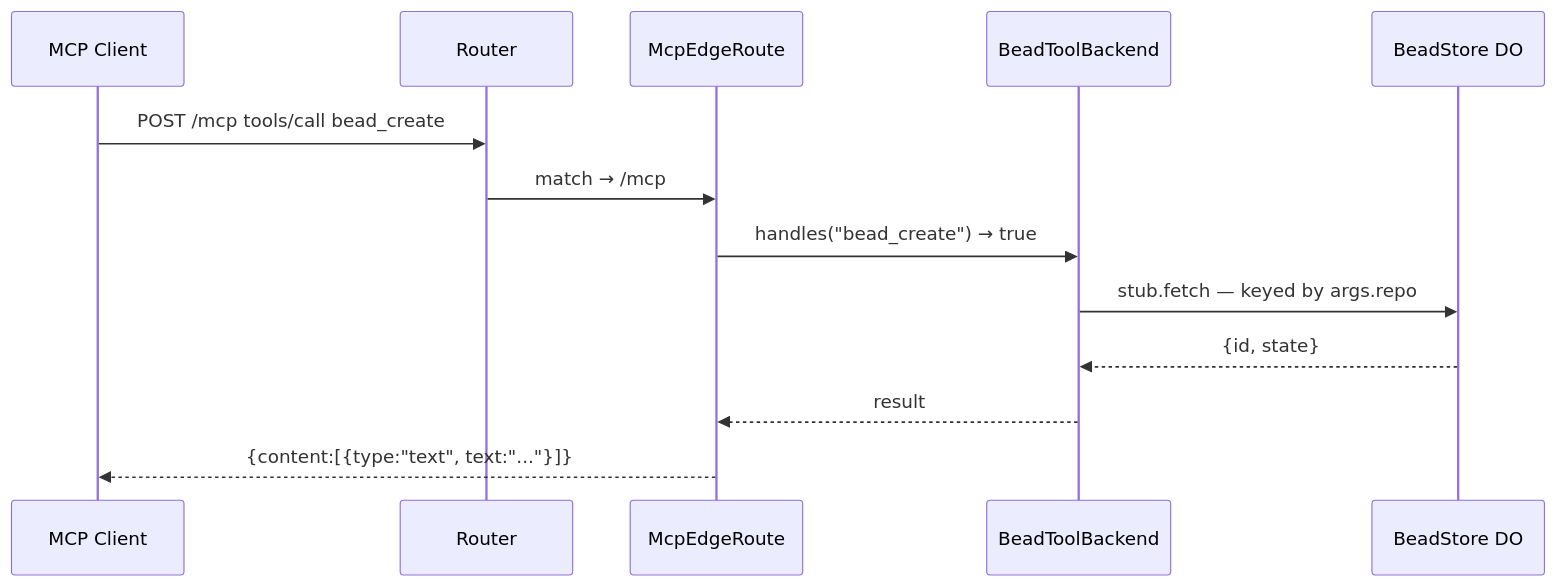
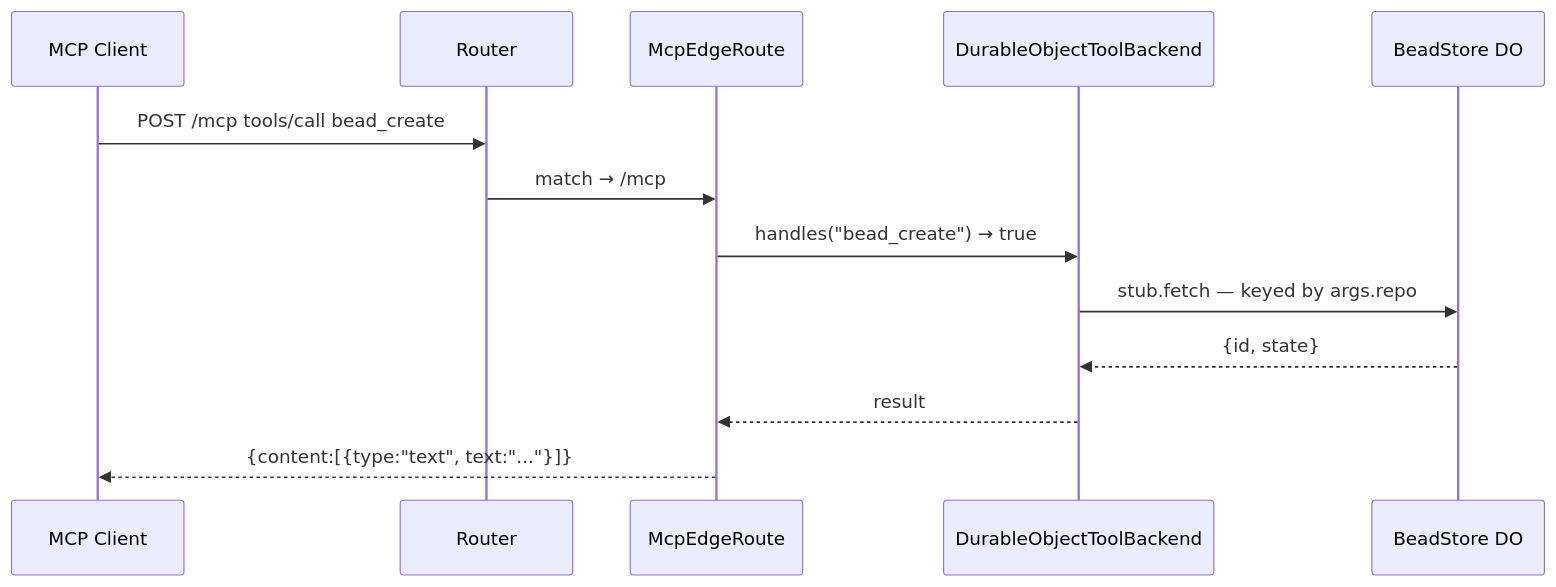
Before and after one commit to agentic-research/cloister: the third of 11 diagrams in docs/ARCHITECTURE.md, drawn with Mermaid. The commit also changed other lines of this file and 2 other files, not shown here.

First line of the commit message:
docs: leylineNet documentation catch-up + stale-backend cleanup (cloister-5183bc iter 12)

````diff
--- a/docs/ARCHITECTURE.md
+++ b/docs/ARCHITECTURE.md
@@ -99,16 +100,16 @@
 ```mermaid
 sequenceDiagram
     participant C as MCP Client
     participant R as Router
     participant ME as McpEdgeRoute
-    participant BB as BeadToolBackend
+    participant BB as DurableObjectToolBackend
     participant DO as BeadStore DO
 
     C->>R: POST /mcp tools/call bead_create
     R->>ME: match → /mcp
     ME->>BB: handles("bead_create") → true
     BB->>DO: stub.fetch — keyed by args.repo
     DO-->>BB: {id, state}
     BB-->>ME: result
     ME-->>C: {content:[{type:"text", text:"..."}]}
 ```
````
